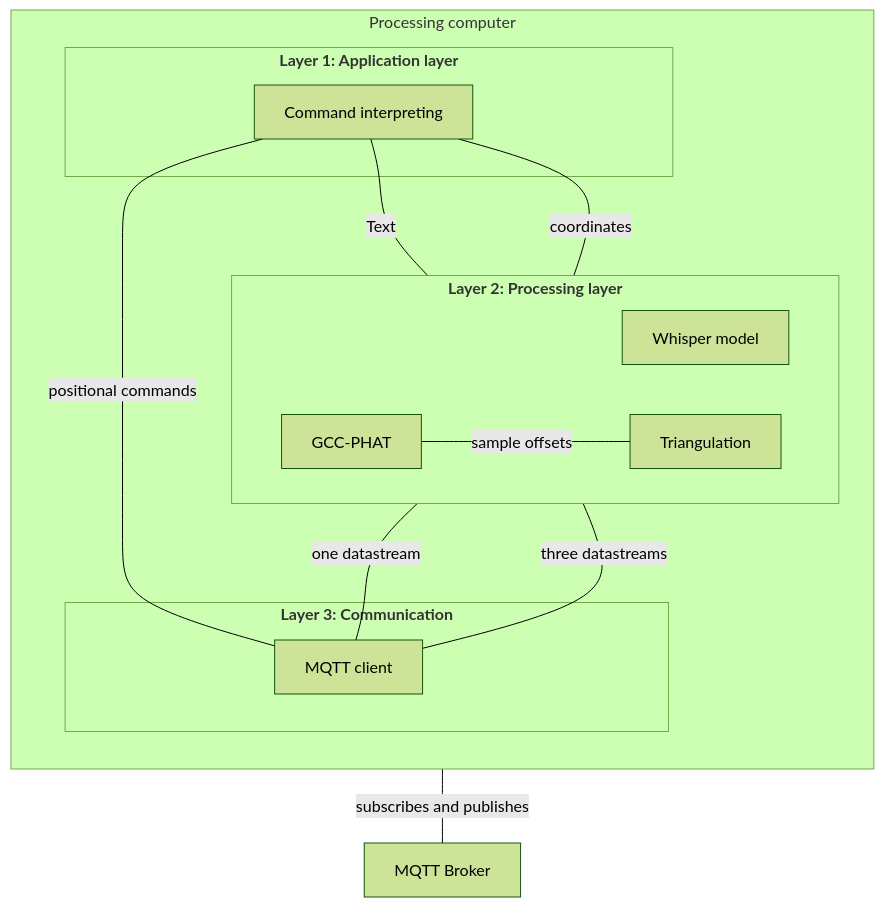
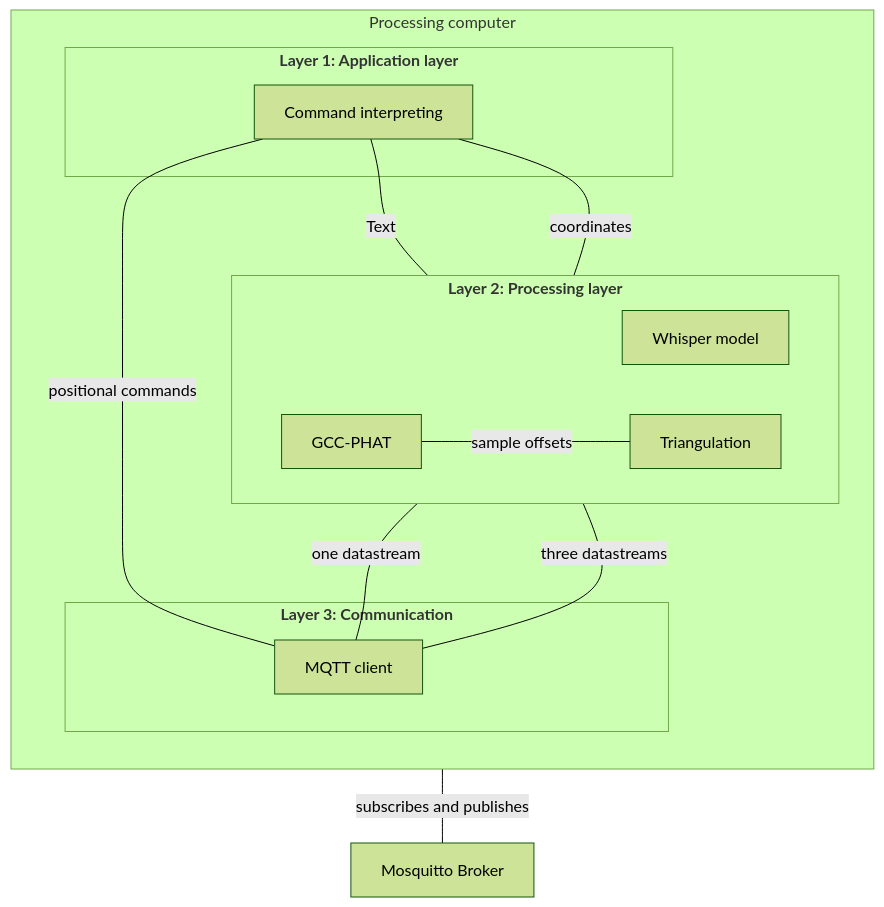
One commit to Lukas4314/3-Semester-project changed the diagram in mermaidCharts/pc.mmd. Above: the diagram before and after it, drawn with Mermaid (forest theme). The commit also changed 5 other files, not shown here.

Commit message:
Refine documentation and diagrams for voice-controlled robot project, including clarifications on command interpretation, sound localization, and MQTT broker terminology.

```diff
--- a/mermaidCharts/pc.mmd
+++ b/mermaidCharts/pc.mmd
@@ -1,29 +1,29 @@
 flowchart BT
     subgraph PC[Processing computer]
         direction BT
         subgraph L3[<b>Layer 3: Communication</b>]
             PC_MQTT[MQTT client]
         end
         subgraph L2[<b>Layer 2: Processing layer</b>]
             direction LR
             PC_Whisper[Whisper model]
             PC_SL[GCC-PHAT]
             PC_Triangulation[Triangulation]
 
         end
         subgraph L1[<b>Layer 1: Application layer</b>]
             PC_App[Command interpreting]
             
         end
 
     end
 
-    MQTT_Broker[MQTT Broker] -- "subscribes and publishes" --- PC_MQTT
+    MQTT_Broker[Mosquitto Broker] -- "subscribes and publishes" --- PC_MQTT
 
     PC_MQTT -- "one datastream" --- PC_Whisper
     PC_MQTT -- "three datastreams" --- PC_SL
     PC_SL -- "sample offsets" --- PC_Triangulation
     
     PC_Whisper -- "Text" --- PC_App
     PC_Triangulation -- "coordinates" --- PC_App
     PC_MQTT -- "positional commands" --- PC_App
```
